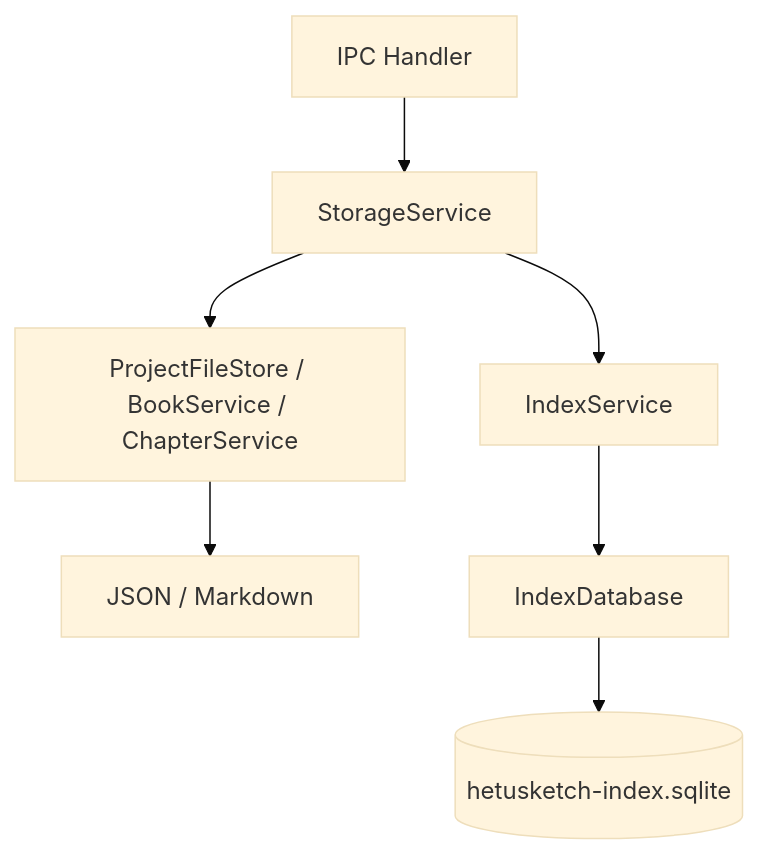
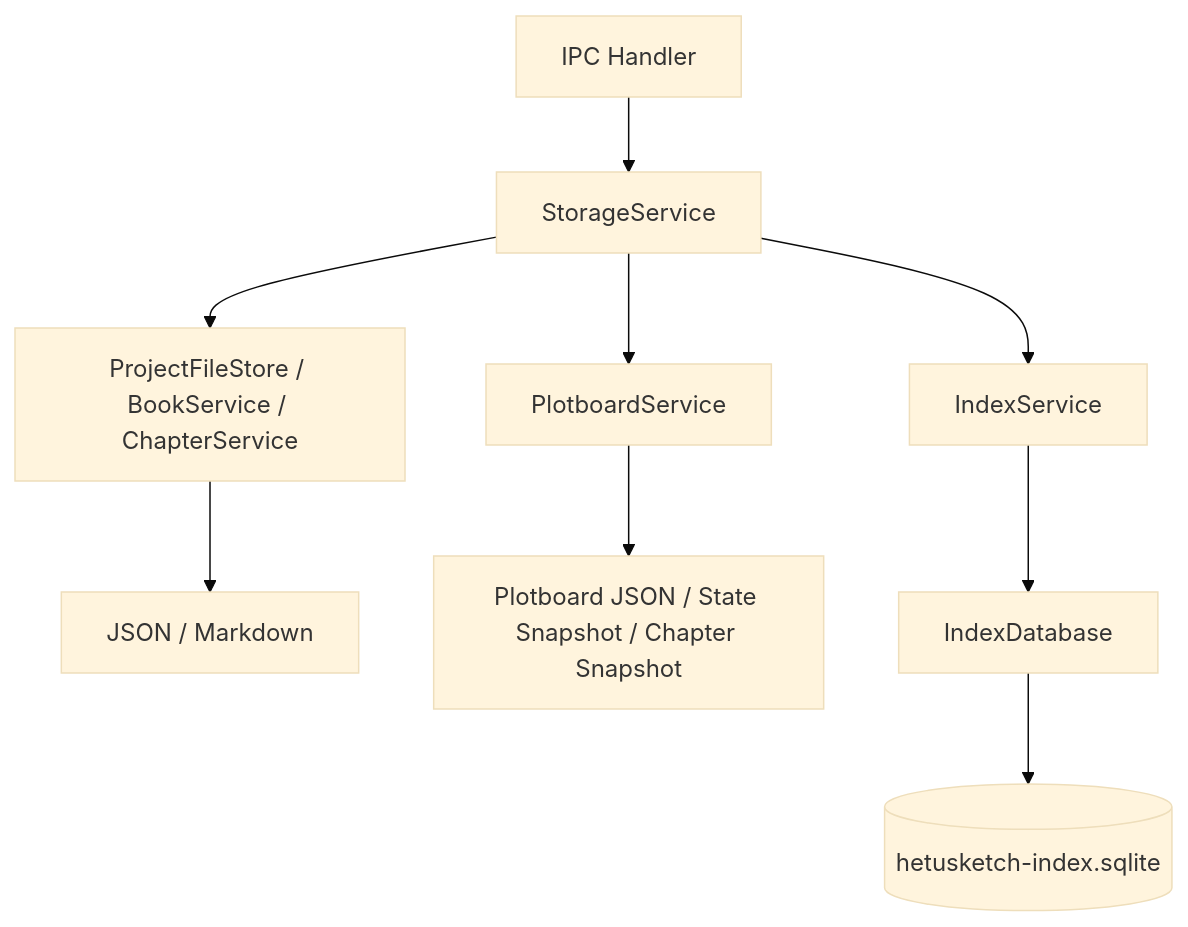
The diagram in docs/40-modules/storage/README.md (superwyq/HetuSketch), drawn with Mermaid (base theme) before and after one commit. The commit also changed other lines of this file and 57 other files, not shown here.

````diff
--- a/docs/40-modules/storage/README.md
+++ b/docs/40-modules/storage/README.md
@@ -28,9 +29,11 @@
 ```mermaid
 flowchart TD
   IPC[IPC Handler] --> Storage[StorageService]
   Storage --> FS[ProjectFileStore / BookService / ChapterService]
+  Storage --> Plotboard[PlotboardService]
   FS --> Files[JSON / Markdown]
+  Plotboard --> PlotFiles[Plotboard JSON / State Snapshot / Chapter Snapshot]
   Storage --> IndexService[IndexService]
   IndexService --> DB[IndexDatabase]
   DB --> SQLite[(hetusketch-index.sqlite)]
 ```
````
